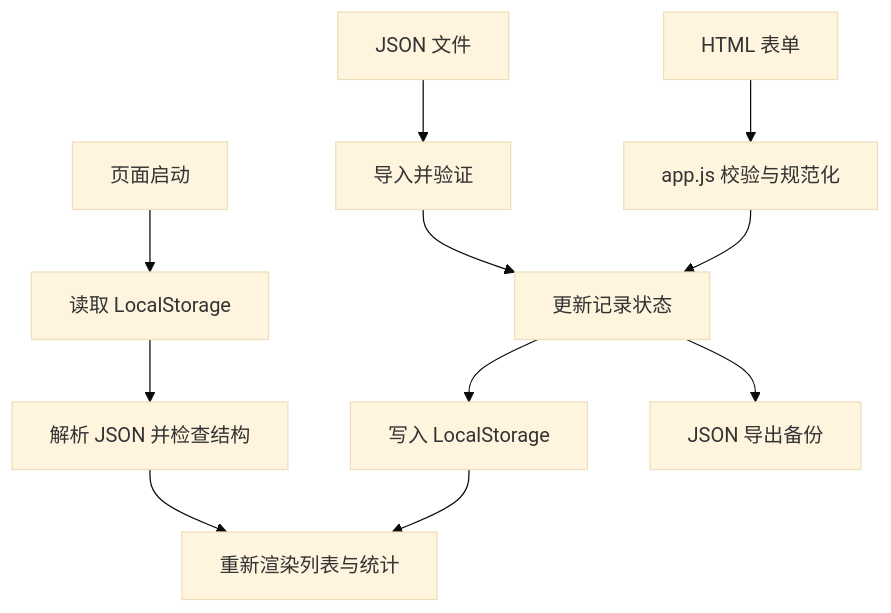
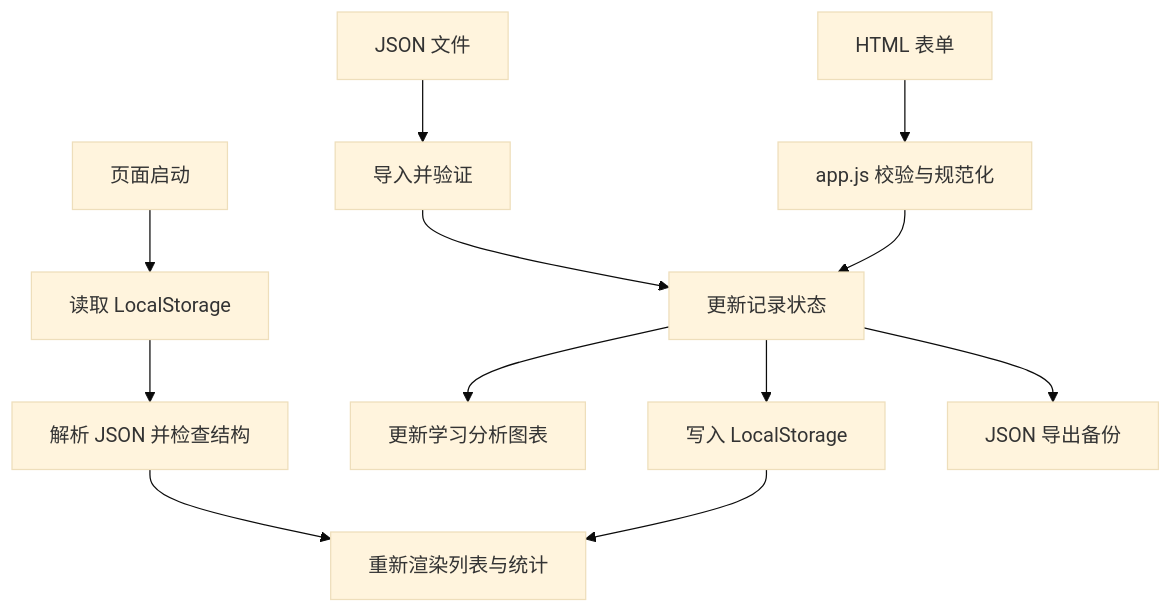
One commit to ilikui/HTML changed the diagram in projects/study-manager/README.md. Above: the diagram before and after it, drawn with Mermaid (base theme). The commit also changed other lines of this file, not shown here.

````diff
--- a/projects/study-manager/README.md
+++ b/projects/study-manager/README.md
@@ -40,13 +42,14 @@
 ```mermaid
 flowchart TD
     A[HTML 表单] --> B[app.js 校验与规范化]
     B --> C[更新记录状态]
     C --> D[写入 LocalStorage]
     D --> E[重新渲染列表与统计]
+    C --> L[更新学习分析图表]
     F[页面启动] --> G[读取 LocalStorage]
     G --> H[解析 JSON 并检查结构]
     H --> E
     I[JSON 文件] --> J[导入并验证]
     J --> C
     C --> K[JSON 导出备份]
 ```
````
